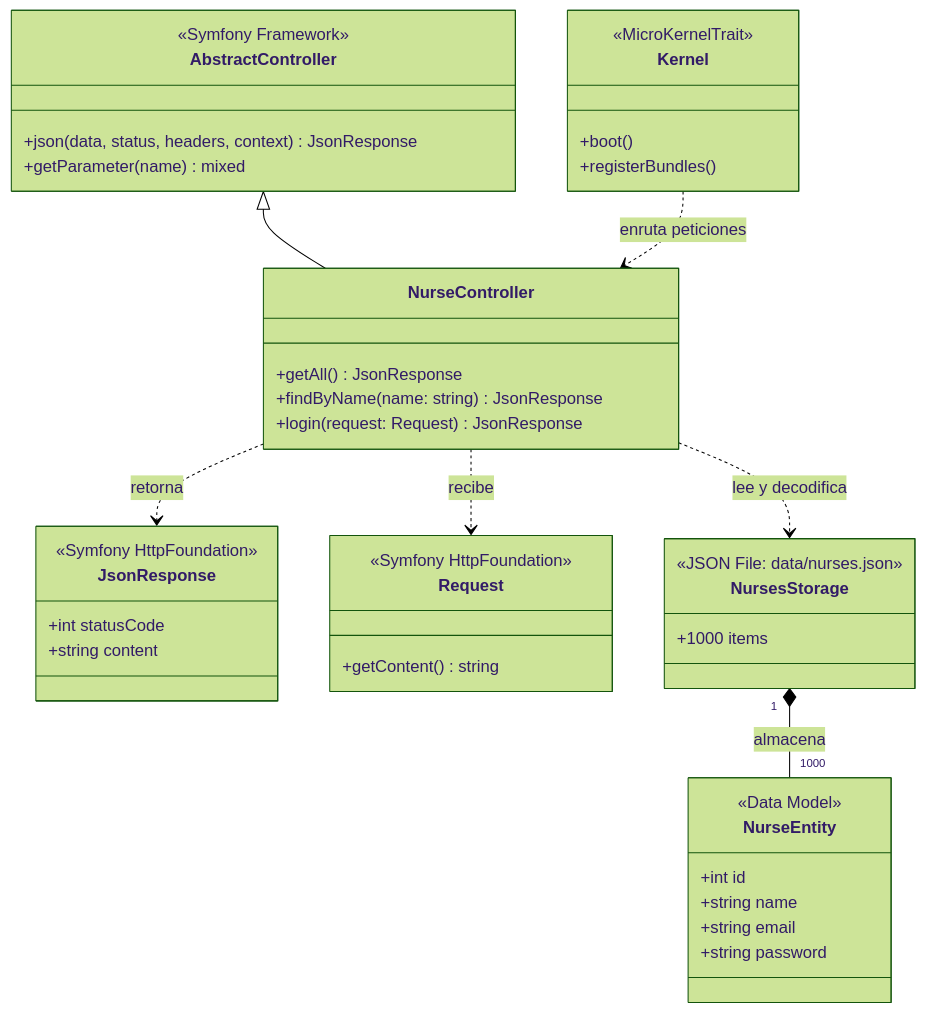
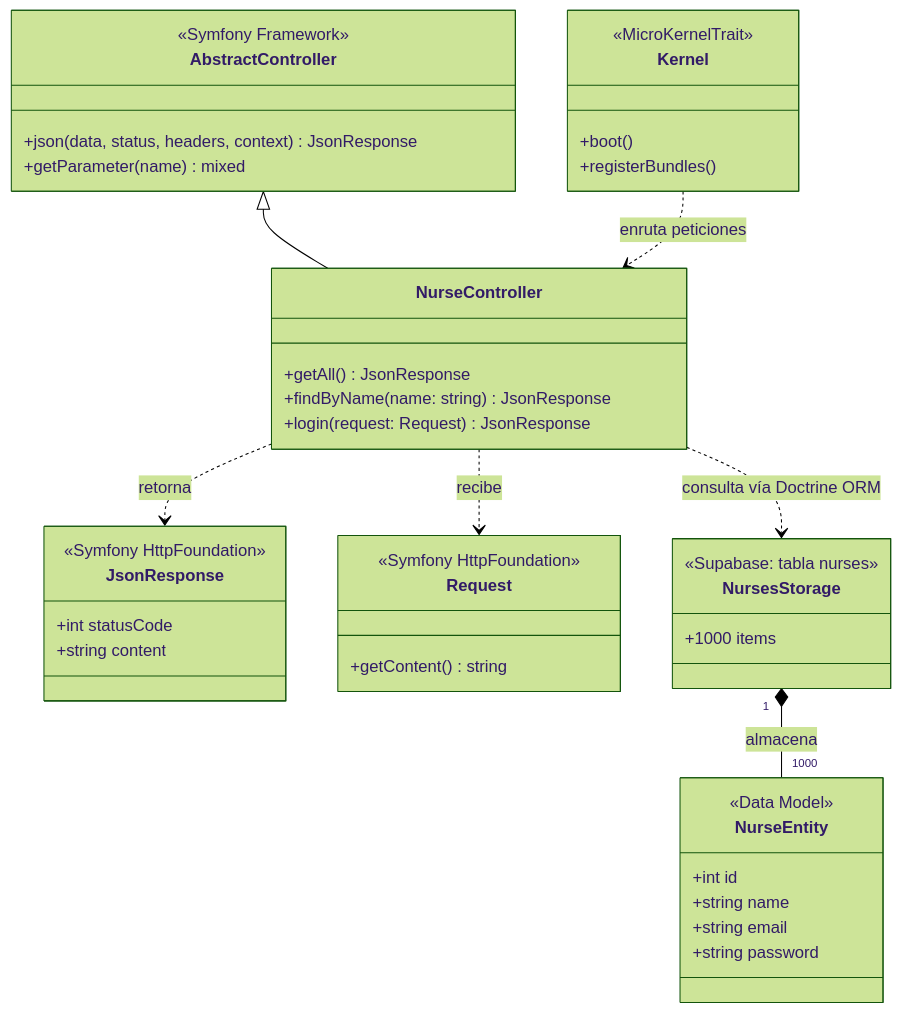
One commit to Ignaciobrenas/Nurse-Simulator changed the second of 7 diagrams in README.md. Above: the diagram before and after it, drawn with Mermaid (forest theme). The commit also changed other lines of this file and 7 other files, not shown here.

````diff
--- a/README.md
+++ b/README.md
@@ -78,52 +79,52 @@
 ```mermaid
 classDiagram
     direction TB
     class Kernel {
         <<MicroKernelTrait>>
         +boot()
         +registerBundles()
     }
 
     class AbstractController {
         <<Symfony Framework>>
         +json(data, status, headers, context) JsonResponse
         +getParameter(name) mixed
     }
 
     class NurseController {
         +getAll() JsonResponse
         +findByName(name: string) JsonResponse
         +login(request: Request) JsonResponse
     }
 
     class JsonResponse {
         <<Symfony HttpFoundation>>
         +int statusCode
         +string content
     }
 
     class Request {
         <<Symfony HttpFoundation>>
         +getContent() string
     }
 
     class NurseEntity {
         <<Data Model>>
         +int id
         +string name
         +string email
         +string password
     }
 
     class NursesStorage {
-        <<JSON File: data/nurses.json>>
+        <<Supabase: tabla nurses>>
         +1000 items
     }
 
     AbstractController <|-- NurseController
     NurseController ..> Request : recibe
     NurseController ..> JsonResponse : retorna
-    NurseController ..> NursesStorage : lee y decodifica
+    NurseController ..> NursesStorage : consulta ví­a Doctrine ORM
     NursesStorage "1" *-- "1000" NurseEntity : almacena
     Kernel ..> NurseController : enruta peticiones
 ```
````
